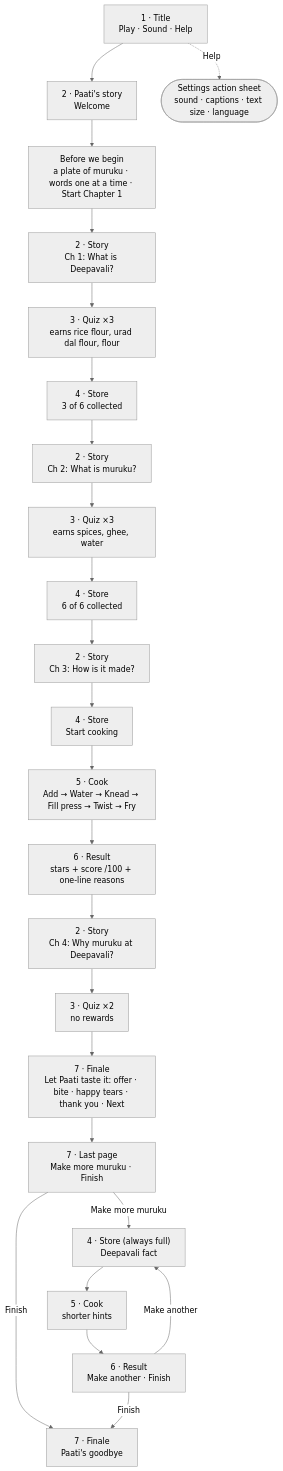
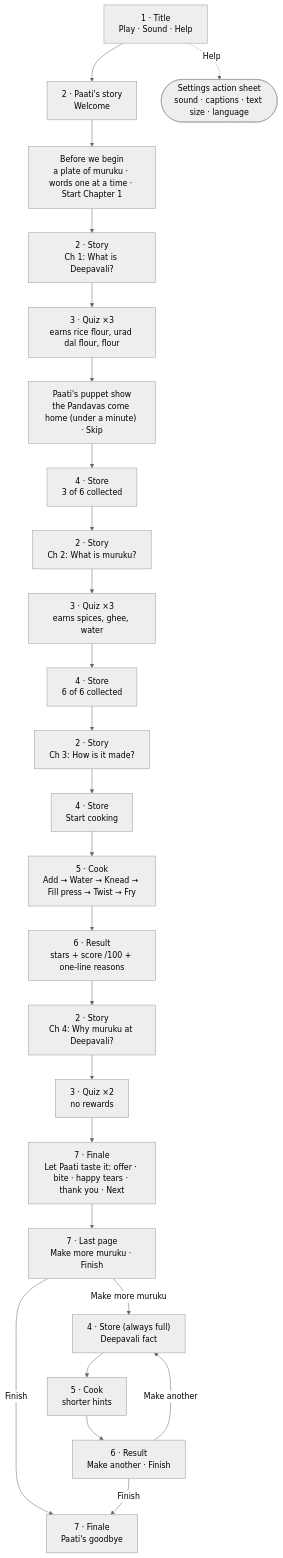
Before and after one commit to krishanala/paatis-recipe-kitchen: the diagram in docs/user-flow.md, drawn with Mermaid (neutral theme). The commit also changed other lines of this file and 19 other files, not shown here.

First line of the commit message:
Paati's shadow puppet show, and a roomier phone layout

````diff
--- a/docs/user-flow.md
+++ b/docs/user-flow.md
@@ -5,31 +5,32 @@
 ```mermaid
 flowchart TD
     T["1 · Title<br/>Play · Sound · Help"] --> W["2 · Paati's story<br/>Welcome"]
     T -. Help .-> S(["Settings action sheet<br/>sound · captions · text size · language"])
 
     W --> I["Before we begin<br/>a plate of muruku · words one at a time · Start Chapter 1"]
     I --> C1["2 · Story<br/>Ch 1: What is Deepavali?"]
     C1 --> Q1["3 · Quiz ×3<br/>earns rice flour, urad dal flour, flour"]
-    Q1 --> ST1["4 · Store<br/>3 of 6 collected"]
+    Q1 --> P["Paati's puppet show<br/>the Pandavas come home (under a minute) · Skip"]
+    P --> ST1["4 · Store<br/>3 of 6 collected"]
 
     ST1 --> C2["2 · Story<br/>Ch 2: What is muruku?"]
     C2 --> Q2["3 · Quiz ×3<br/>earns spices, ghee, water"]
     Q2 --> ST2["4 · Store<br/>6 of 6 collected"]
 
     ST2 --> C3["2 · Story<br/>Ch 3: How is it made?"]
     C3 --> ST3["4 · Store<br/>Start cooking"]
     ST3 --> K["5 · Cook<br/>Add → Water → Knead → Fill press → Twist → Fry"]
     K --> R["6 · Result<br/>stars + score /100 + one-line reasons"]
 
     R --> C4["2 · Story<br/>Ch 4: Why muruku at Deepavali?"]
     C4 --> Q4["3 · Quiz ×2<br/>no rewards"]
     Q4 --> F["7 · Finale<br/>Let Paati taste it: offer · bite · happy tears · thank you · Next"]
     F --> C["7 · Last page<br/>Make more muruku · Finish"]
     C -- Finish --> G["7 · Finale<br/>Paati's goodbye"]
 
     C -- Make more muruku --> FK["4 · Store (always full)<br/>Deepavali fact"]
     FK --> K2["5 · Cook<br/>shorter hints"]
     K2 --> R2["6 · Result<br/>Make another · Finish"]
     R2 -- Make another --> FK
     R2 -- Finish --> G
 ```
````
